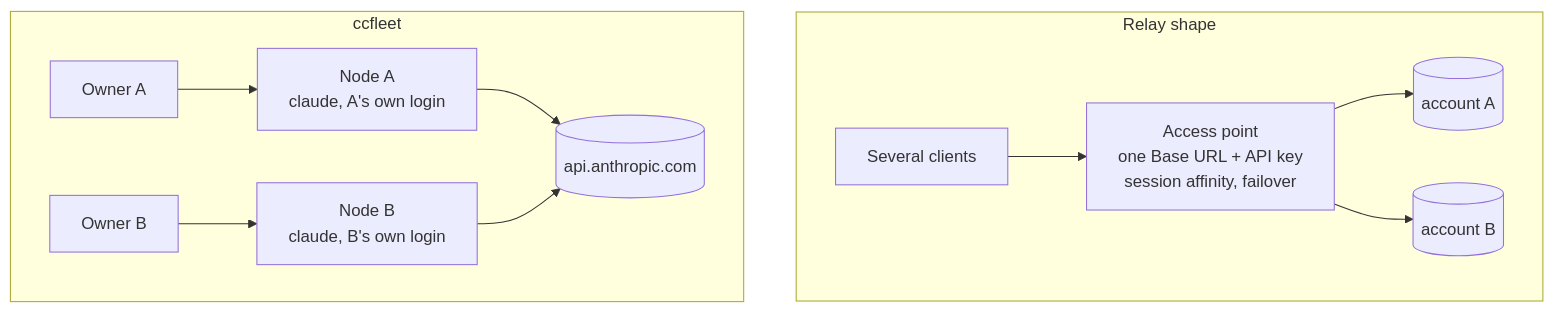
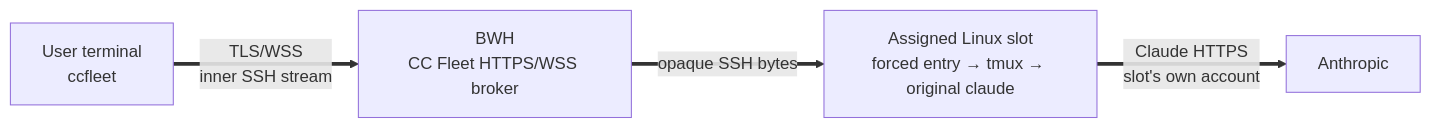
The first of 2 diagrams in docs/design.md (cdcupt/ccfleet), drawn with Mermaid before and after one commit. The commit also changed other lines of this file and 40 other files, not shown here.

Commit message:
feat: make the local ccfleet terminal the slot path

````diff
--- a/docs/design.md
+++ b/docs/design.md
@@ -397,14 +16,11 @@
 ```mermaid
-flowchart TB
-  subgraph R [Relay shape]
-    direction LR
-    RU[Several clients] --> AP[Access point<br/>one Base URL + API key<br/>session affinity, failover]
-    AP --> RA[(account A)]
-    AP --> RB[(account B)]
-  end
-  subgraph C [ccfleet]
-    direction LR
-    CU1[Owner A] --> CN1[Node A<br/>claude, A's own login] --> CAPI[(api.anthropic.com)]
-    CU2[Owner B] --> CN2[Node B<br/>claude, B's own login] --> CAPI
-  end
+flowchart LR
+  U[User terminal<br/>ccfleet]
+  B[BWH<br/>CC Fleet HTTPS/WSS broker]
+  S[Assigned Linux slot<br/>forced entry → tmux → original claude]
+  A[Anthropic]
+
+  U == TLS/WSS<br/>inner SSH stream ==> B
+  B == opaque SSH bytes ==> S
+  S == Claude HTTPS<br/>slot's own account ==> A
 ```
````
